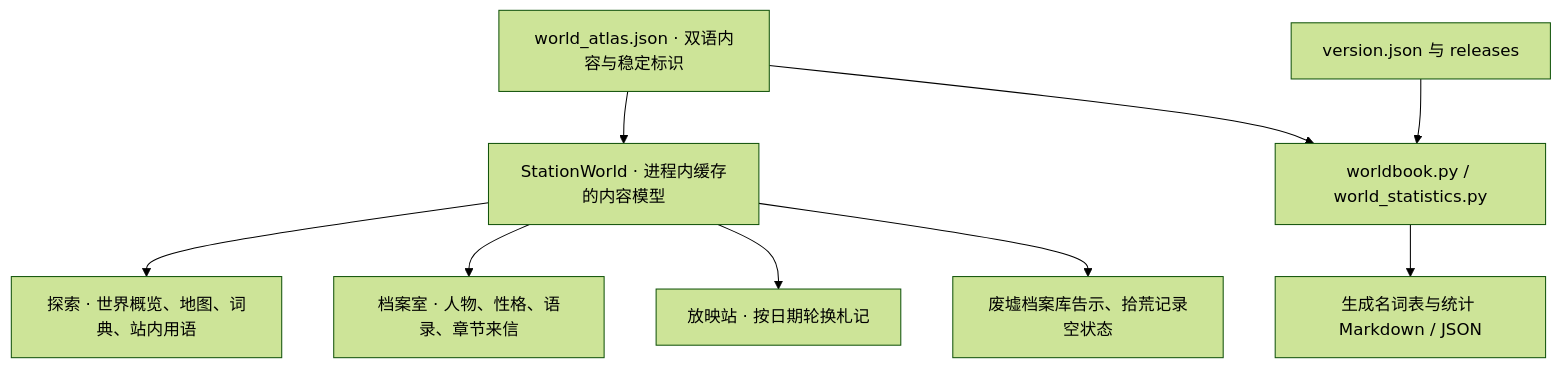
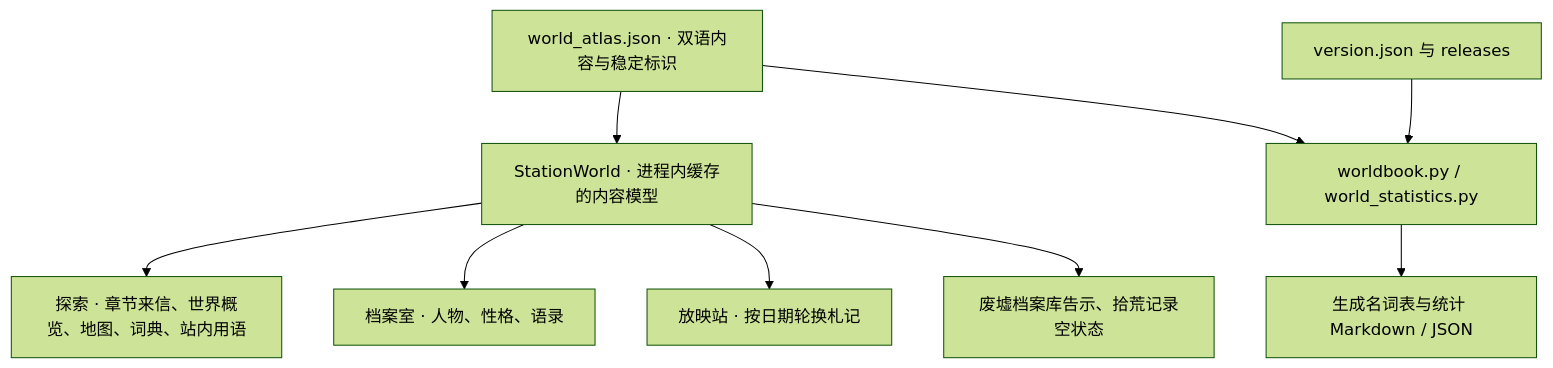
One commit to RoyalLiang/Yingxi-Studio changed the diagram in docs/world-integration.md. Above: the diagram before and after it, drawn with Mermaid (forest theme). The commit also changed other lines of this file and 10 other files, not shown here.

````diff
--- a/docs/world-integration.md
+++ b/docs/world-integration.md
@@ -7,11 +7,11 @@
 ```mermaid
 flowchart TD
   A[world_atlas.json · 双语内容与稳定标识] --> B[StationWorld · 进程内缓存的内容模型]
-  B --> C[探索 · 世界概览、地图、词典、站内用语]
-  B --> D[档案室 · 人物、性格、语录、章节来信]
+  B --> C[探索 · 章节来信、世界概览、地图、词典、站内用语]
+  B --> D[档案室 · 人物、性格、语录]
   B --> E[放映站 · 按日期轮换札记]
   B --> F[废墟档案库告示、拾荒记录空状态]
   A --> G[worldbook.py / world_statistics.py]
   G --> H[生成名词表与统计 Markdown / JSON]
   I[version.json 与 releases] --> G
 ```
````
